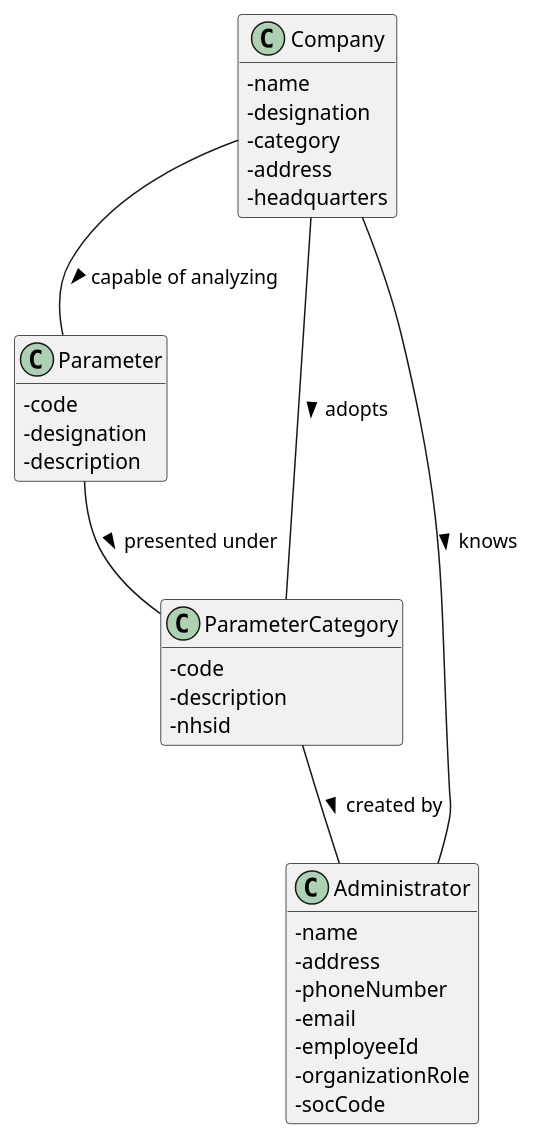
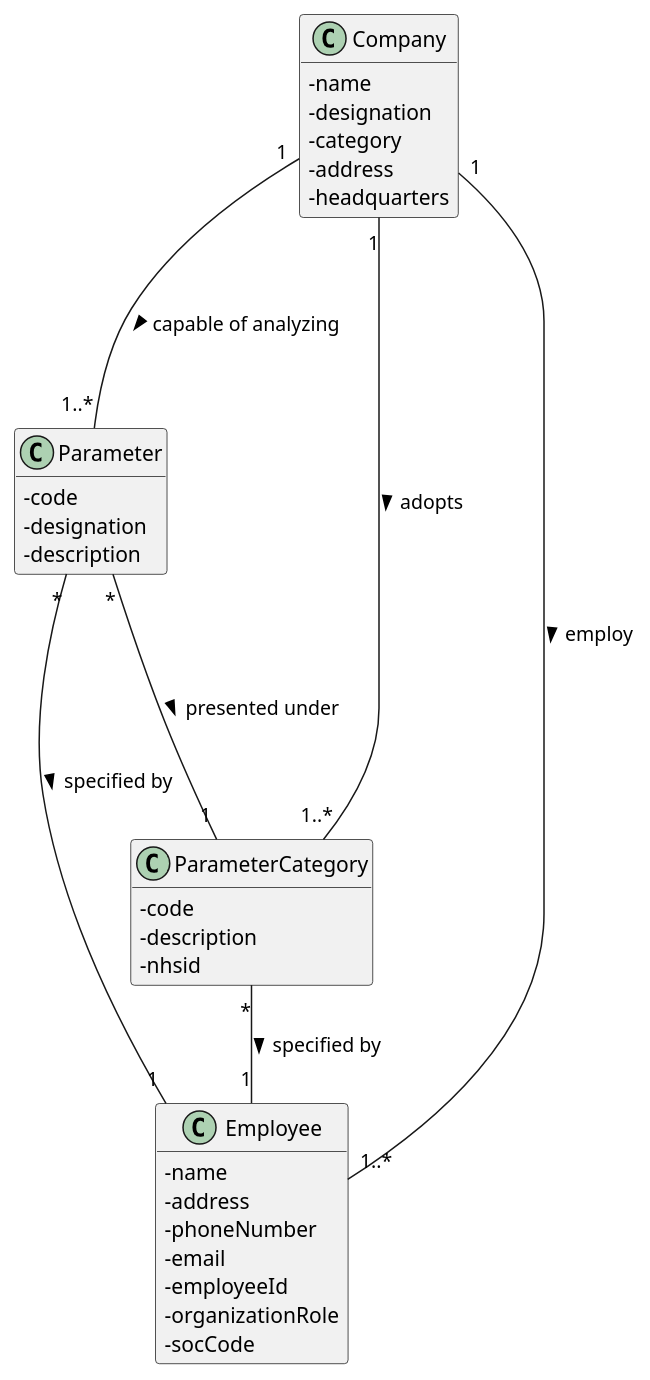
Before and after one commit to manu-07-ela/LAPR2_ISEP: the diagram in docs/SprintB/US10/US10_DM.puml, drawn with PlantUML. The commit also changed 10 other files, not shown here.

```diff
--- a/docs/SprintB/US10/US10_DM.puml
+++ b/docs/SprintB/US10/US10_DM.puml
@@ -1,50 +1,51 @@
 @startuml
 'https://plantuml.com/class-diagram
 hide methods
 skinparam classAttributeIconSize 0
 
 class Company
 class Parameter
 class ParameterCategory
-class Administrator
-
-Company -- Parameter : capable of analyzing >
-Company -- ParameterCategory : adopts >
-Company -- Administrator : knows >
-
-Parameter -- ParameterCategory : presented under >
-
-ParameterCategory -- Administrator : created by >
+class Employee
 
 
 class Company{
 -name
 -designation
 -category
 -address
 -headquarters
 }
 
 class Parameter{
 -code
 -designation
 -description
 }
 
 class ParameterCategory{
 -code
 -description
 -nhsid
 }
 
-class Administrator {
+class Employee {
 -name
 -address
 -phoneNumber
 -email
 -employeeId
 -organizationRole
 -socCode
 }
 
+
+Company "1"---"1..*" Parameter : capable of analyzing >
+Company "1"---"1..*" ParameterCategory : adopts >
+Company "1"---"1..*" Employee : employ >
+Parameter "*"---"1" ParameterCategory : presented under >
+Parameter "*" --- "1" Employee : specified by >
+ParameterCategory "*"--"1" Employee : specified by >
+
+
 @enduml
```
